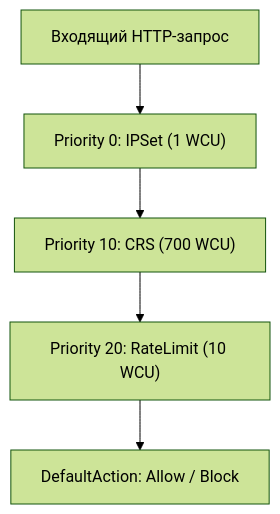
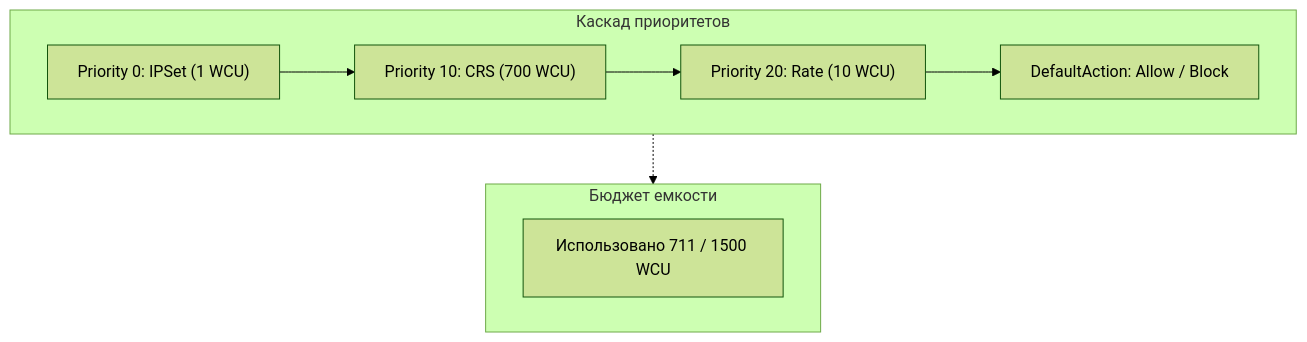
The diagram in diagrams/01-evaluation-priority.mmd (y-kolyada/aws-waf), drawn with Mermaid (forest theme) before and after one commit. The commit also changed 35 other files, not shown here.

```diff
--- a/diagrams/01-evaluation-priority.mmd
+++ b/diagrams/01-evaluation-priority.mmd
@@ -1,5 +1,10 @@
 flowchart TD
-    Req["Входящий HTTP-запрос"] --> P0["Priority 0: IPSet (1 WCU)"]
-    P0 --> P10["Priority 10: CRS (700 WCU)"]
-    P10 --> P20["Priority 20: RateLimit (10 WCU)"]
-    P20 --> Def["DefaultAction: Allow / Block"]
+    subgraph Cascade["Каскад приоритетов"]
+        P0["Priority 0: IPSet (1 WCU)"] --> P10["Priority 10: CRS (700 WCU)"]
+        P10 --> P20["Priority 20: Rate (10 WCU)"]
+        P20 --> Def["DefaultAction: Allow / Block"]
+    end
+    subgraph Meter["Бюджет емкости"]
+        WCU["Использовано 711 / 1500 WCU"]
+    end
+    Cascade -.-> Meter
```
